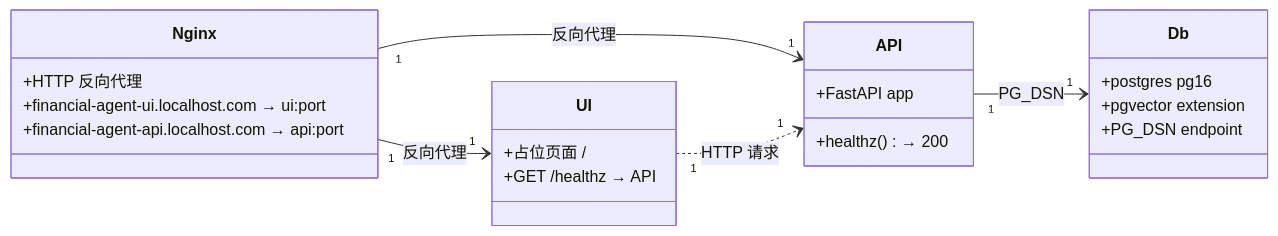
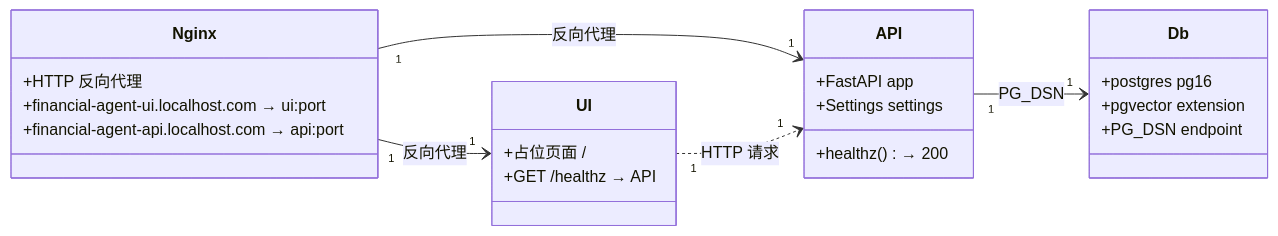
Before and after one commit to shixiongyang-svg/financial-agent-spdd: the diagram in .spdd_specs/tasks/Task_0_Environment_cn.trainee.md, drawn with Mermaid. The commit also changed other lines of this file and 1 other file, not shown here.

````diff
--- a/.spdd_specs/tasks/Task_0_Environment_cn.trainee.md
+++ b/.spdd_specs/tasks/Task_0_Environment_cn.trainee.md
@@ -67,31 +68,32 @@
 ```mermaid
 classDiagram
 direction LR
 
 class Nginx {
   +HTTP 反向代理
   +financial-agent-ui.localhost.com → ui:port
   +financial-agent-api.localhost.com → api:port
 }
 
 class UI {
   +占位页面 /
   +GET /healthz → API
 }
 
 class API {
   +FastAPI app
   +healthz() → 200
+  +Settings settings
 }
 
 class Db {
   +postgres pg16
   +pgvector extension
   +PG_DSN endpoint
 }
 
 Nginx "1" --> "1" UI : 反向代理
 Nginx "1" --> "1" API : 反向代理
 UI "1" ..> "1" API : HTTP 请求
 API "1" --> "1" Db : PG_DSN
 ```
````
